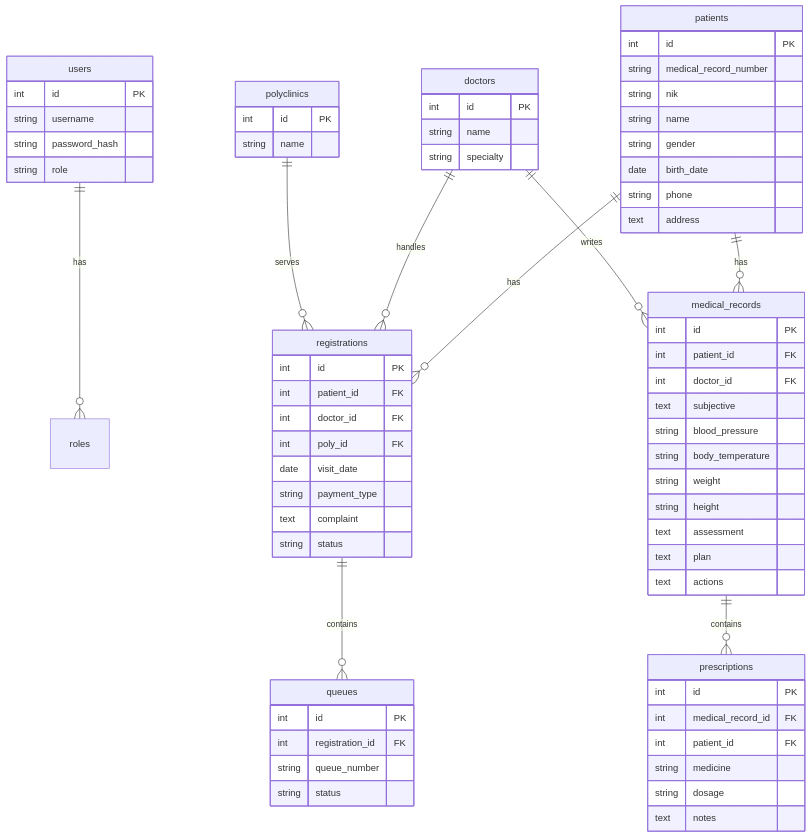
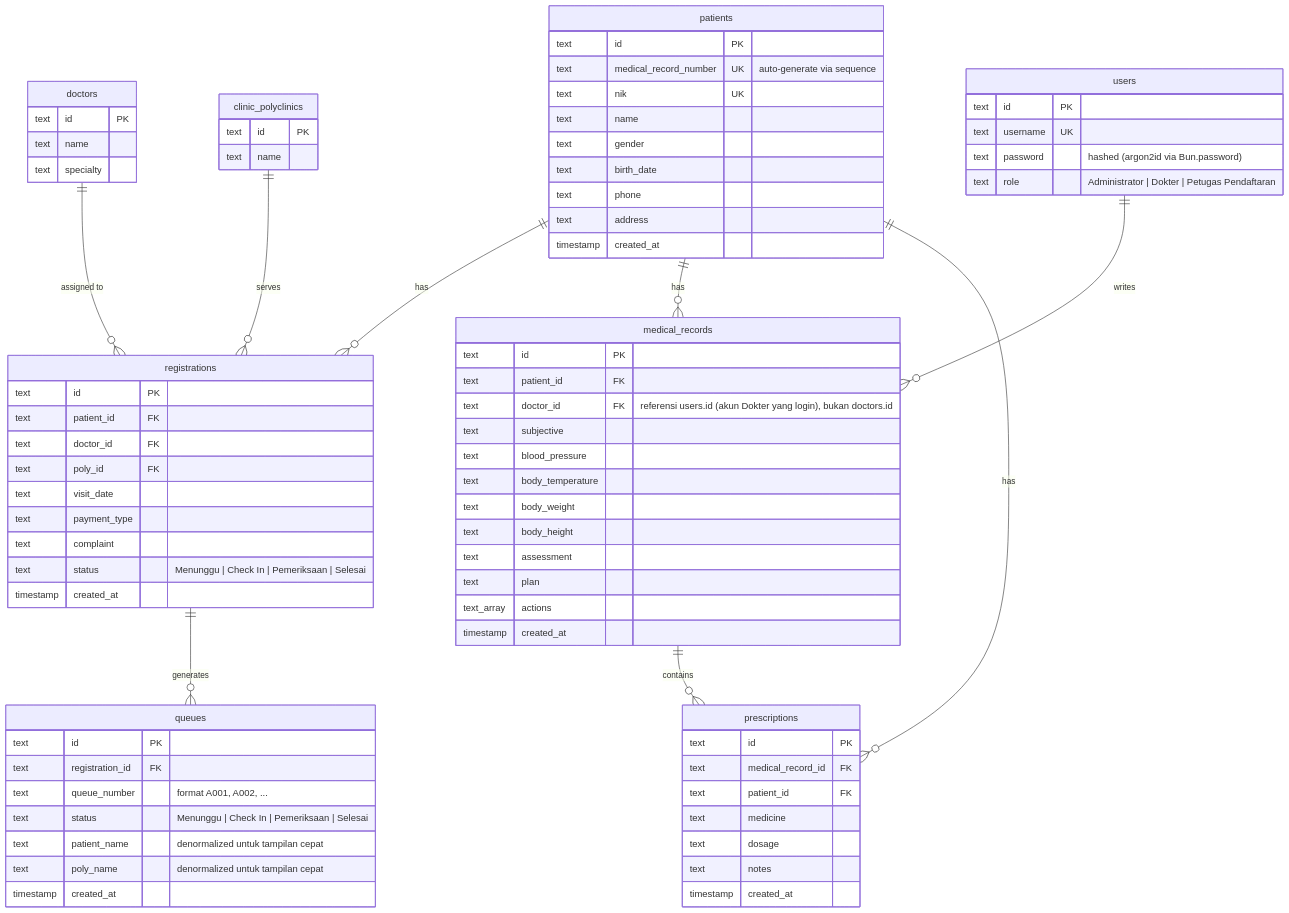
Before and after one commit to Singularritty/MCIS: the diagram in docs/ERD.md, drawn with Mermaid. The commit also changed other lines of this file and 6 other files, not shown here.

````diff
--- a/docs/ERD.md
+++ b/docs/ERD.md
@@ -3,81 +5,88 @@
 ```mermaid
 erDiagram
-    users ||--o{ roles : has
     patients ||--o{ registrations : has
-    doctors ||--o{ registrations : handles
-    polyclinics ||--o{ registrations : serves
-    registrations ||--o{ queues : contains
+    doctors ||--o{ registrations : "assigned to"
+    clinic_polyclinics ||--o{ registrations : serves
+    registrations ||--o{ queues : "generates"
     patients ||--o{ medical_records : has
-    doctors ||--o{ medical_records : writes
+    users ||--o{ medical_records : writes
+    patients ||--o{ prescriptions : has
     medical_records ||--o{ prescriptions : contains
 
     patients {
-        int id PK
-        string medical_record_number
-        string nik
-        string name
-        string gender
-        date birth_date
-        string phone
+        text id PK
+        text medical_record_number UK "auto-generate via sequence"
+        text nik UK
+        text name
+        text gender
+        text birth_date
+        text phone
         text address
+        timestamp created_at
     }
 
     doctors {
-        int id PK
-        string name
-        string specialty
+        text id PK
+        text name
+        text specialty
     }
 
-    polyclinics {
-        int id PK
-        string name
+    clinic_polyclinics {
+        text id PK
+        text name
     }
 
     registrations {
-        int id PK
-        int patient_id FK
-        int doctor_id FK
-        int poly_id FK
-        date visit_date
-        string payment_type
+        text id PK
+        text patient_id FK
+        text doctor_id FK
+        text poly_id FK
+        text visit_date
+        text payment_type
         text complaint
-        string status
+        text status "Menunggu | Check In | Pemeriksaan | Selesai"
+        timestamp created_at
     }
 
     queues {
-        int id PK
-        int registration_id FK
-        string queue_number
-        string status
+        text id PK
+        text registration_id FK
+        text queue_number "format A001, A002, ..."
+        text status "Menunggu | Check In | Pemeriksaan | Selesai"
+        text patient_name "denormalized untuk tampilan cepat"
+        text poly_name "denormalized untuk tampilan cepat"
+        timestamp created_at
     }
 
     medical_records {
-        int id PK
-        int patient_id FK
-        int doctor_id FK
+        text id PK
+        text patient_id FK
+        text doctor_id FK "referensi users.id (akun Dokter yang login), bukan doctors.id"
         text subjective
-        string blood_pressure
-        string body_temperature
-        string weight
-        string height
+        text blood_pressure
+        text body_temperature
+        text body_weight
+        text body_height
         text assessment
         text plan
-        text actions
+        text_array actions
+        timestamp created_at
     }
 
     prescriptions {
-        int id PK
-        int medical_record_id FK
-        int patient_id FK
-        string medicine
-        string dosage
+        text id PK
+        text medical_record_id FK
+        text patient_id FK
+        text medicine
+        text dosage
         text notes
+        timestamp created_at
     }
 
     users {
-        int id PK
-        string username
-        string password_hash
-        string role
+        text id PK
+        text username UK
+        text password "hashed (argon2id via Bun.password)"
+        text role "Administrator | Dokter | Petugas Pendaftaran"
     }
 ```
````
